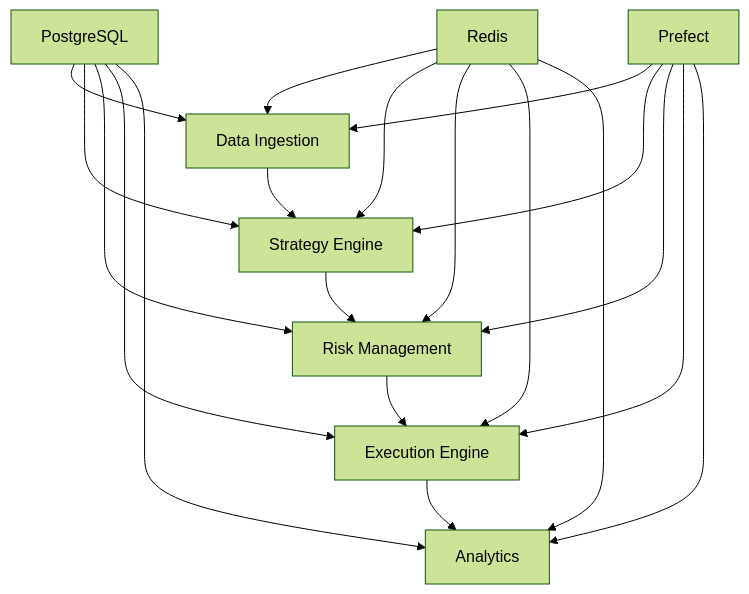
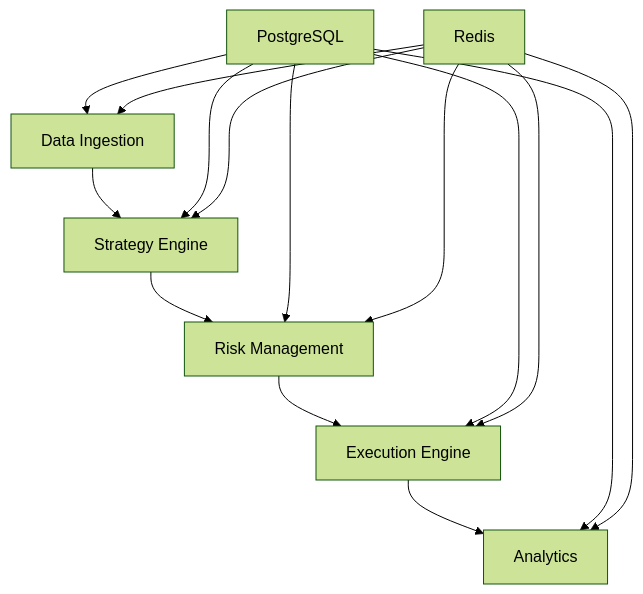
Before and after one commit to nishantnayar/Trading-System: the diagram in docs/index.md, drawn with Mermaid (forest theme). The commit also changed other lines of this file and 18 other files, not shown here.

````diff
--- a/docs/index.md
+++ b/docs/index.md
@@ -81,25 +81,20 @@
 ```mermaid
 graph TB
     A[Data Ingestion] --> B[Strategy Engine]
     B --> C[Risk Management]
     C --> D[Execution Engine]
     D --> E[Analytics]
     
     F[PostgreSQL] --> A
     F --> B
     F --> C
     F --> D
     F --> E
     
     G[Redis] --> A
     G --> B
     G --> C
     G --> D
     G --> E
     
-    H[Prefect] --> A
-    H --> B
-    H --> C
-    H --> D
-    H --> E
 ```
````
